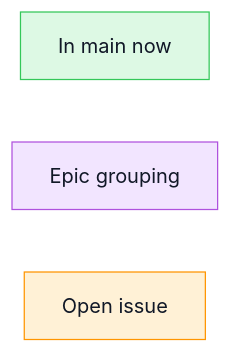
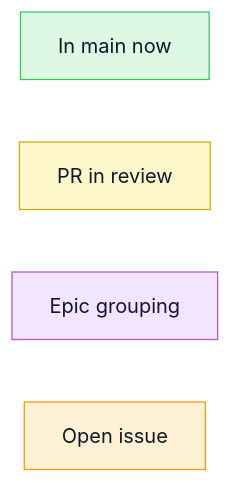
The first of 9 diagrams in README.md (TileDown/tile-down), drawn with Mermaid before and after one commit. The commit also changed other lines of this file and 5 other files, not shown here.

````diff
--- a/README.md
+++ b/README.md
@@ -53,10 +53,12 @@
 ```mermaid
 flowchart LR
   Done["In main now"]:::done
+  Review["PR in review"]:::review
   Epic["Epic grouping"]:::epic
   Todo["Open issue"]:::todo
 
   classDef done fill:#ddf9e4,stroke:#34c759,color:#111827
+  classDef review fill:#fff7cc,stroke:#d6a800,color:#111827
   classDef epic fill:#f2e5ff,stroke:#af52de,color:#111827
   classDef todo fill:#fff1d6,stroke:#ff9500,color:#111827
 ```
````
